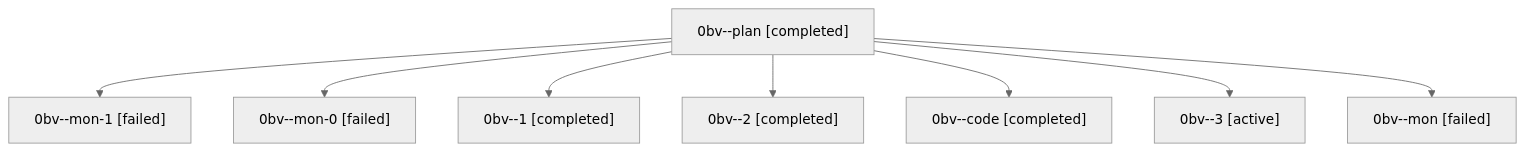
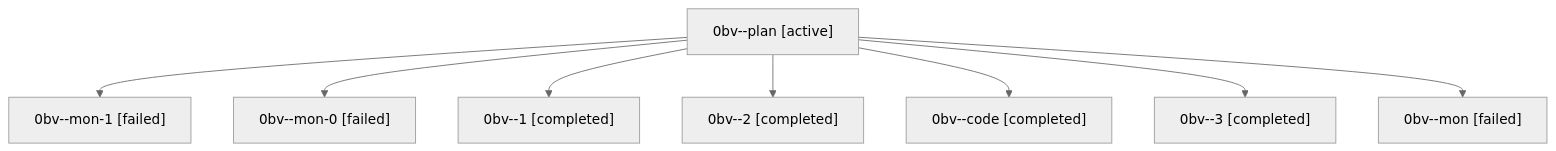
One commit to sase-org/sase--agents changed the diagram in families/bbugyi200.athena.0bv.md. Above: the diagram before and after it, drawn with Mermaid (neutral theme). The commit also changed other lines of this file and 35830 other files, not shown here.

````diff
--- a/families/bbugyi200.athena.0bv.md
+++ b/families/bbugyi200.athena.0bv.md
@@ -9,18 +9,18 @@
 ```mermaid
 flowchart TD
-  n0["0bv--plan [completed]"]
+  n0["0bv--plan [active]"]
   n1["0bv--mon-1 [failed]"]
   n0 --> n1
   n2["0bv--mon-0 [failed]"]
   n0 --> n2
   n3["0bv--1 [completed]"]
   n0 --> n3
   n4["0bv--2 [completed]"]
   n0 --> n4
   n5["0bv--code [completed]"]
   n0 --> n5
-  n6["0bv--3 [active]"]
+  n6["0bv--3 [completed]"]
   n0 --> n6
   n7["0bv--mon [failed]"]
   n0 --> n7
 ```
````
